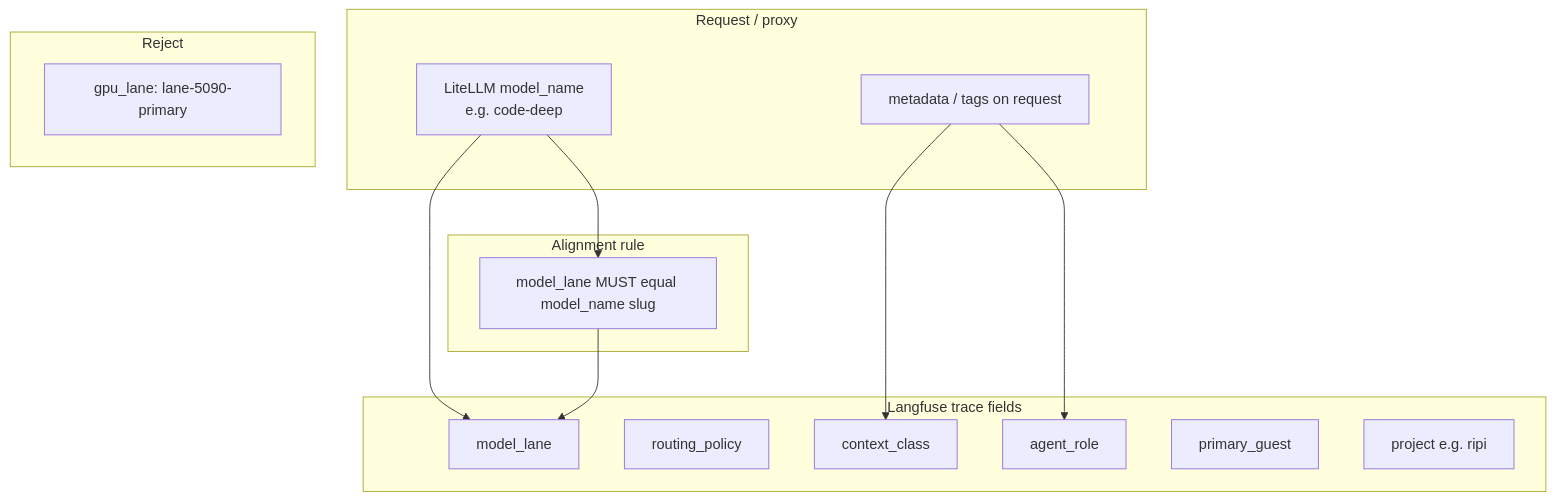
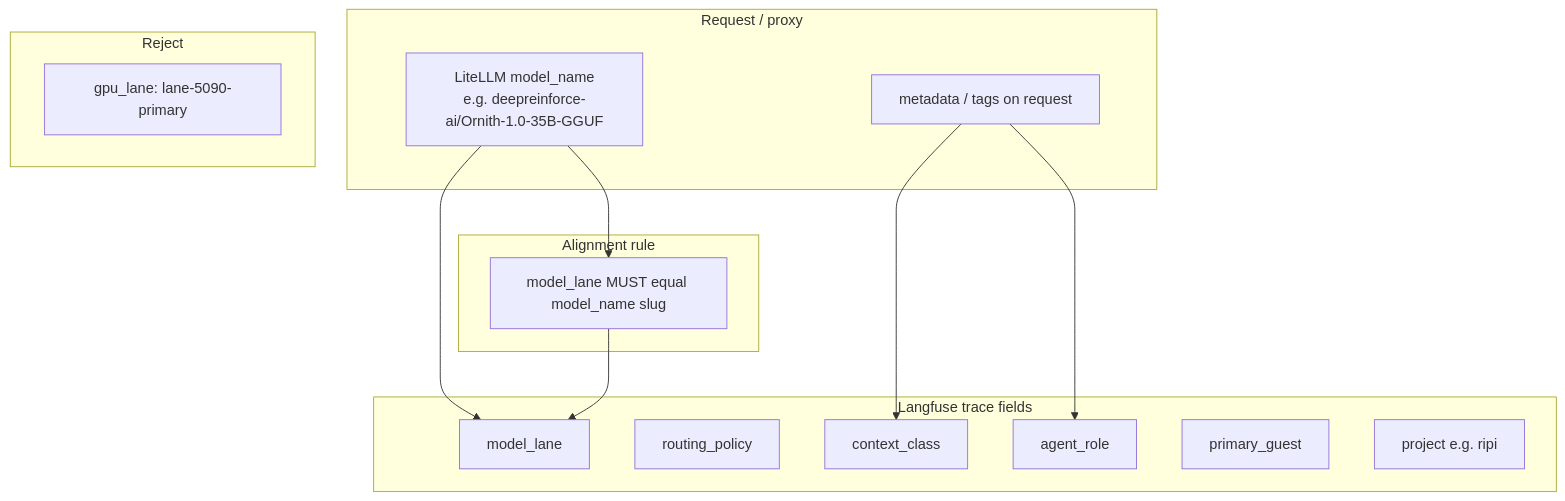
Before and after one commit to doesitscript/dotfile-vnext: the third of 3 diagrams in docs/plans/2026-05-29--ai-langfuse-observability-incomplete-wip/README.md, drawn with Mermaid. The commit also changed other lines of this file and 52 other files, not shown here.

````diff
--- a/docs/plans/2026-05-29--ai-langfuse-observability-incomplete-wip/README.md
+++ b/docs/plans/2026-05-29--ai-langfuse-observability-incomplete-wip/README.md
@@ -119,30 +119,30 @@
 ```mermaid
 graph TB
   subgraph request [Request / proxy]
-    model_name["LiteLLM model_name<br/>e.g. code-deep"]
+    model_name["LiteLLM model_name<br/>e.g. deepreinforce-ai/Ornith-1.0-35B-GGUF"]
     extra_meta["metadata / tags on request"]
   end
 
   subgraph trace [Langfuse trace fields]
     model_lane["model_lane"]
     routing_policy["routing_policy"]
     context_class["context_class"]
     agent_role["agent_role"]
     primary_guest["primary_guest"]
     project["project e.g. ripi"]
   end
 
   subgraph align [Alignment rule]
     same["model_lane MUST equal model_name slug"]
   end
 
   subgraph reject [Reject]
     gpu_lane["gpu_lane: lane-5090-primary"]
   end
 
   model_name --> model_lane
   extra_meta --> context_class
   extra_meta --> agent_role
   model_name --> same
   same --> model_lane
 ```
````
